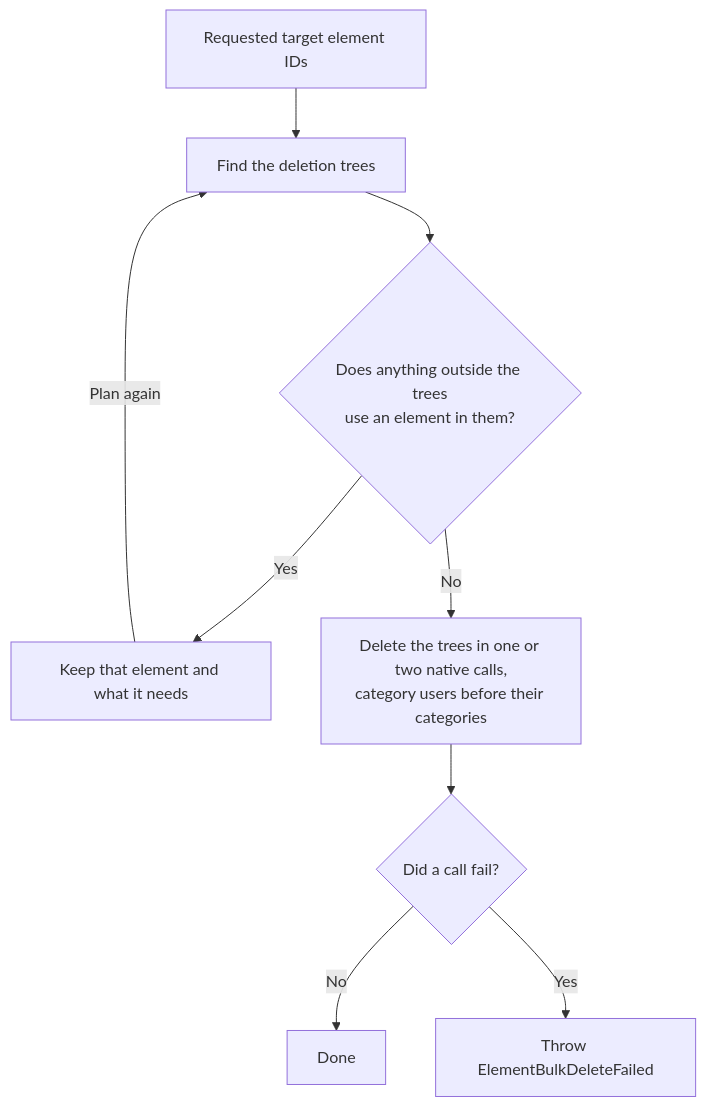
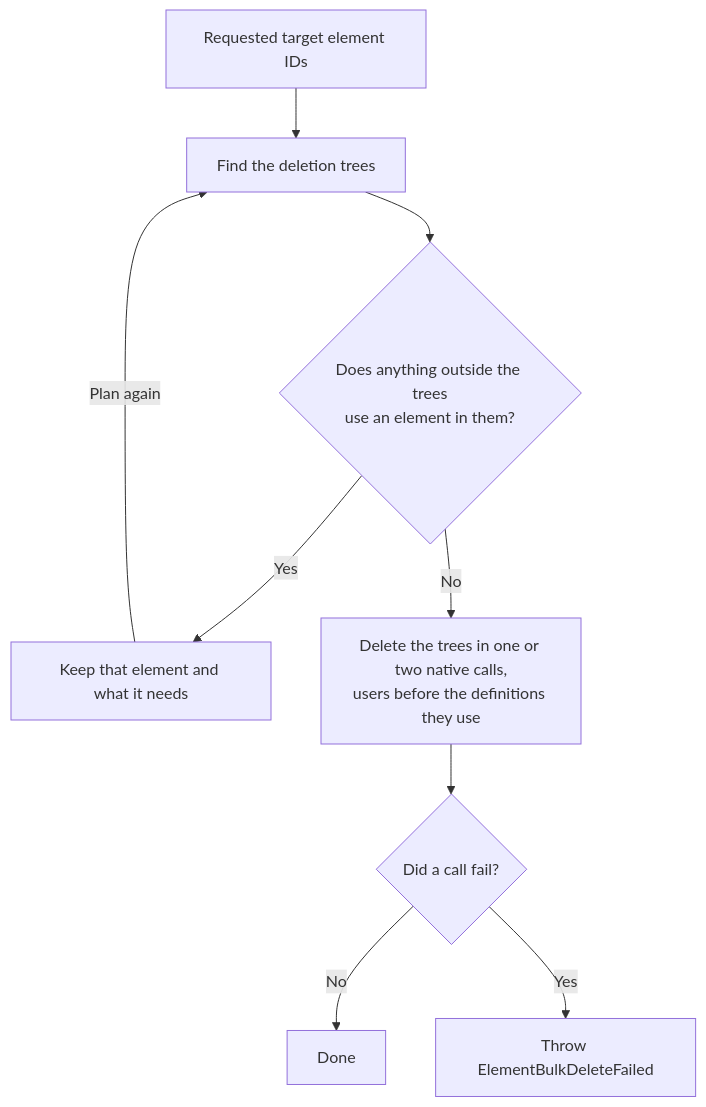
The diagram in docs/learning/transformer/element-deletion.md (iTwin/imodel-transformer), drawn with Mermaid before and after one commit. The commit also changed other lines of this file and 4 other files, not shown here.

````diff
--- a/docs/learning/transformer/element-deletion.md
+++ b/docs/learning/transformer/element-deletion.md
@@ -25,11 +25,11 @@
 ```mermaid
 flowchart TD
     A["Requested target element IDs"] --> B["Find the deletion trees"]
     B --> C{"Does anything outside the trees<br/>use an element in them?"}
     C -->|"Yes"| D["Keep that element and what it needs"]
     D -->|"Plan again"| B
-    C -->|"No"| E["Delete the trees in one or two native calls,<br/>category users before their categories"]
+    C -->|"No"| E["Delete the trees in one or two native calls,<br/>users before the definitions they use"]
     E --> F{"Did a call fail?"}
     F -->|"No"| G["Done"]
     F -->|"Yes"| H["Throw ElementBulkDeleteFailed"]
 ```
````
